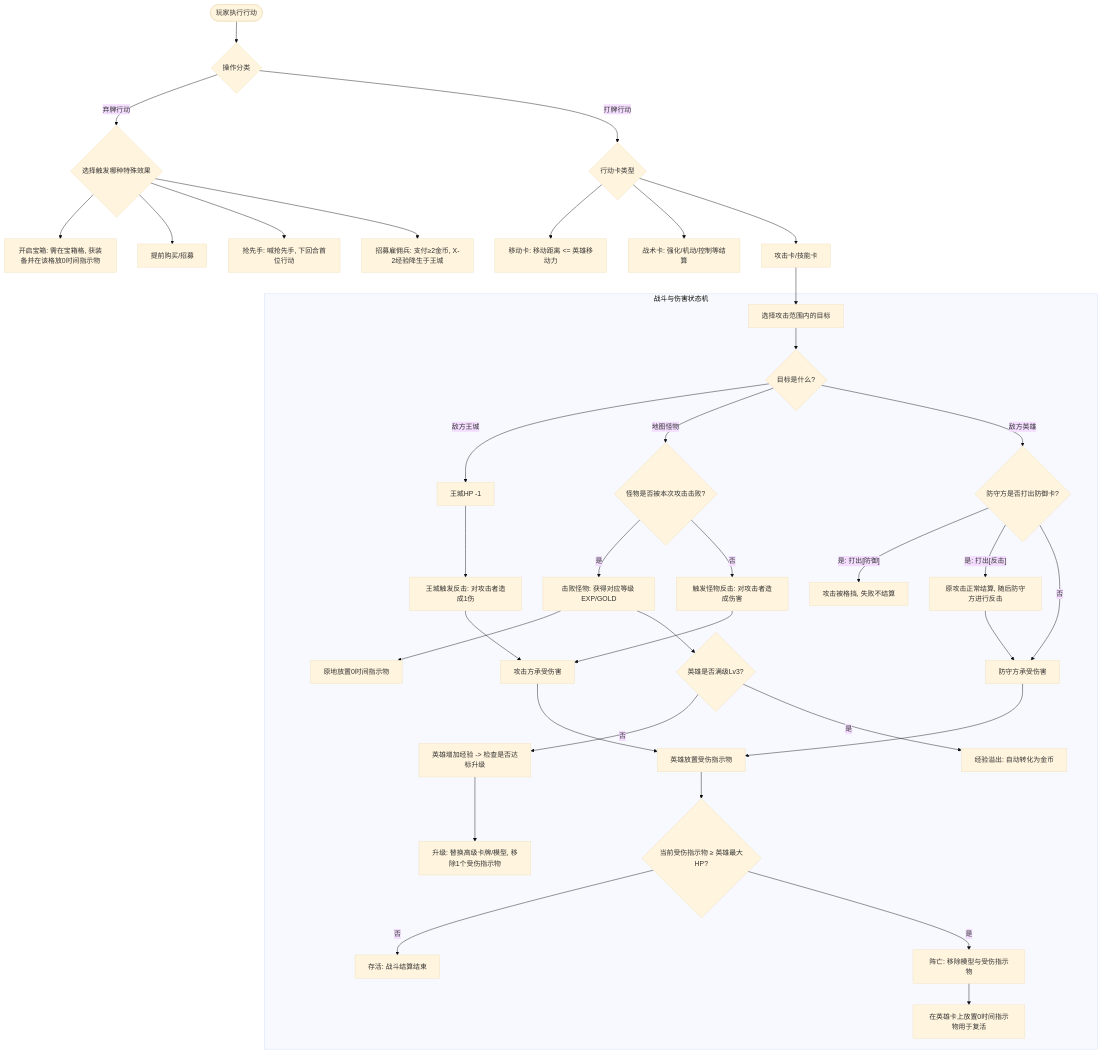
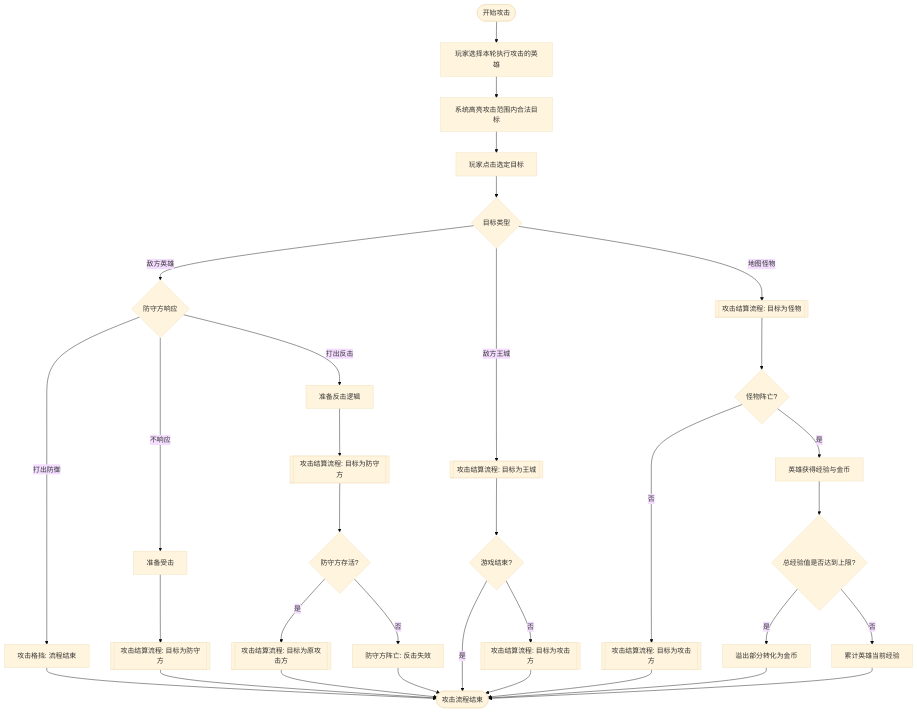
Before and after one commit to zhipijun1996/heros_war: the fourth of 6 diagrams in flow.md, drawn with Mermaid (base theme). The commit also changed other lines of this file, not shown here.

````diff
--- a/flow.md
+++ b/flow.md
@@ -83,59 +118,50 @@
 ```mermaid
 graph TD
-    StartAction([玩家执行行动]) --> ActionType{操作分类}
+    StartAttack([开始攻击]) --> SelectHero[玩家选择本轮执行攻击的英雄]
+    SelectHero --> HighLight[系统高亮攻击范围内合法目标]
+    HighLight --> SelectTarget[玩家点击选定目标]
 
-    %% =========== 弃牌分支 ===========
-    ActionType -- "弃牌行动" --> DiscardChoice{选择触发哪种特殊效果}
-    DiscardChoice --> OpenChest[开启宝箱: 需在宝箱格, 获装备并在该格放0时间指示物]
-    DiscardChoice --> EarlyBuy[提前购买/招募]
-    DiscardChoice --> StealInit[抢先手: 喊抢先手, 下回合首位行动]
-    DiscardChoice --> Recruit[招募雇佣兵: 支付≥2金币, X-2经验降生于王城]
+    SelectTarget --> TargetType{目标类型}
 
-    %% =========== 打牌分支 ===========
-    ActionType -- "打牌行动" --> PlayChoice{行动卡类型}
-    PlayChoice --> MoveCard[移动卡: 移动距离 <= 英雄移动力]
-    PlayChoice --> TacticCard[战术卡: 强化/机动/控制等结算]
-    PlayChoice --> AttackCard[攻击卡/技能卡]
+    %% --------- 攻击英雄 ---------
+    TargetType -- "敌方英雄" --> DefendLogic{防守方响应}
+    DefendLogic -- "打出防御" --> Block[攻击格挡: 流程结束]
+    DefendLogic -- "打出反击" --> HeroCounter[准备反击逻辑]
+    DefendLogic -- "不响应" --> NormalHit[准备受击]
 
-    AttackCard --> ChooseTarget[选择攻击范围内的目标]
+    NormalHit --> Res1[[攻击结算流程: 目标为防守方]]
+    HeroCounter --> Res2[[攻击结算流程: 目标为防守方]]
     
-    %% =========== 战斗与结算核心逻辑 ===========
-    subgraph 战斗与伤害状态机
-        ChooseTarget --> TargetType{目标是什么?}
+    Res2 --> CheckCounterDeath{防守方存活?}
+    CheckCounterDeath -- "是" --> ExecCounter[[攻击结算流程: 目标为原攻击方]]
+    CheckCounterDeath -- "否" --> CounterFail[防守方阵亡: 反击失效]
 
-        %% 1. 攻击王城
-        TargetType -- "敌方王城" --> HitBase[王城HP -1]
-        HitBase --> BaseCounter[王城触发反击: 对攻击者造成1伤]
+    %% --------- 攻击王城 ---------
+    TargetType -- "敌方王城" --> ResBase[[攻击结算流程: 目标为王城]]
+    ResBase --> CheckGameEnd{游戏结束?}
+    CheckGameEnd -- "否" --> BaseCounter[[攻击结算流程: 目标为攻击方]]
 
-        %% 2. 攻击怪物
-        TargetType -- "地图怪物" --> MonsterCounterLogic{怪物是否被本次攻击击败?}
-        MonsterCounterLogic -- "是" --> MonsterDie[击败怪物: 获得对应等级 EXP/GOLD]
-        MonsterDie --> TimeToken[原地放置0时间指示物]
-        MonsterCounterLogic -- "否" --> MonsterCounter[触发怪物反击: 对攻击者造成伤害]
+    %% --------- 攻击怪物 ---------
+    TargetType -- "地图怪物" --> ResMonster[[攻击结算流程: 目标为怪物]]
+    ResMonster --> CheckMonsterDie{怪物阵亡?}
+    CheckMonsterDie -- "否" --> MonsterCounter[[攻击结算流程: 目标为攻击方]]
+    CheckMonsterDie -- "是" --> GainExp[英雄获得经验与金币]
 
-        %% 3. 攻击英雄
-        TargetType -- "敌方英雄" --> DefendLogic{防守方是否打出防御卡?}
-        DefendLogic -- "是: 打出[防御]" --> Block[攻击被格挡, 失败不结算]
-        DefendLogic -- "是: 打出[反击]" --> HeroCounter[原攻击正常结算, 随后防守方进行反击]
-        DefendLogic -- "否" --> HeroTakeDmg[防守方承受伤害]
+    %% --------- 经验计算与转换 ---------
+    GainExp --> ExpCalc{总经验值是否达到上限?}
+    ExpCalc -- "是" --> ExpToGold[溢出部分转化为金币]
+    ExpCalc -- "否" --> AddExp[累计英雄当前经验]
+    
+    %% --------- 汇合结束 ---------
+    Block --> AttackEnd
+    Res1 --> AttackEnd
+    ExecCounter --> AttackEnd
+    CounterFail --> AttackEnd
+    CheckGameEnd -- "是" --> AttackEnd
+    BaseCounter --> AttackEnd
+    MonsterCounter --> AttackEnd
+    ExpToGold --> AttackEnd
+    AddExp --> AttackEnd
 
-        HeroCounter --> HeroTakeDmg
-        BaseCounter --> AttackerTakeDmg[攻击方承受伤害]
-        MonsterCounter --> AttackerTakeDmg
-
-        %% 伤害与阵亡判定
-        HeroTakeDmg --> AddDmgToken[英雄放置受伤指示物]
-        AttackerTakeDmg --> AddDmgToken
-        AddDmgToken --> CheckDeath{当前受伤指示物 ≥ 英雄最大HP?}
-        
-        CheckDeath -- "否" --> Survive[存活: 战斗结算结束]
-        CheckDeath -- "是" --> HeroDie[阵亡: 移除模型与受伤指示物]
-        HeroDie --> DeathToken[在英雄卡上放置0时间指示物用于复活]
-        
-        %% 经验结算
-        MonsterDie --> ExpCheck{英雄是否满级Lv3?}
-        ExpCheck -- "否" --> GainExp[英雄增加经验 -> 检查是否达标升级]
-        GainExp --> LevelUp[升级: 替换高级卡牌/模型, 移除1个受伤指示物]
-        ExpCheck -- "是" --> ExpToGold[经验溢出: 自动转化为金币]
-    end
-```
+    AttackEnd([攻击流程结束])
+```    
````
